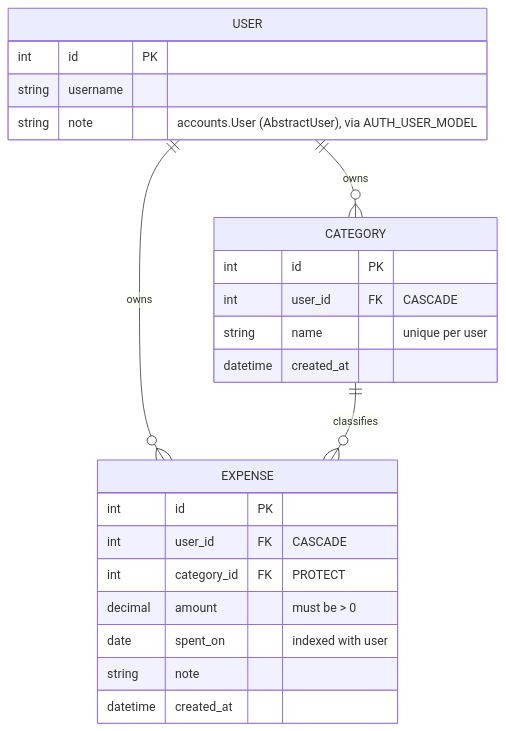
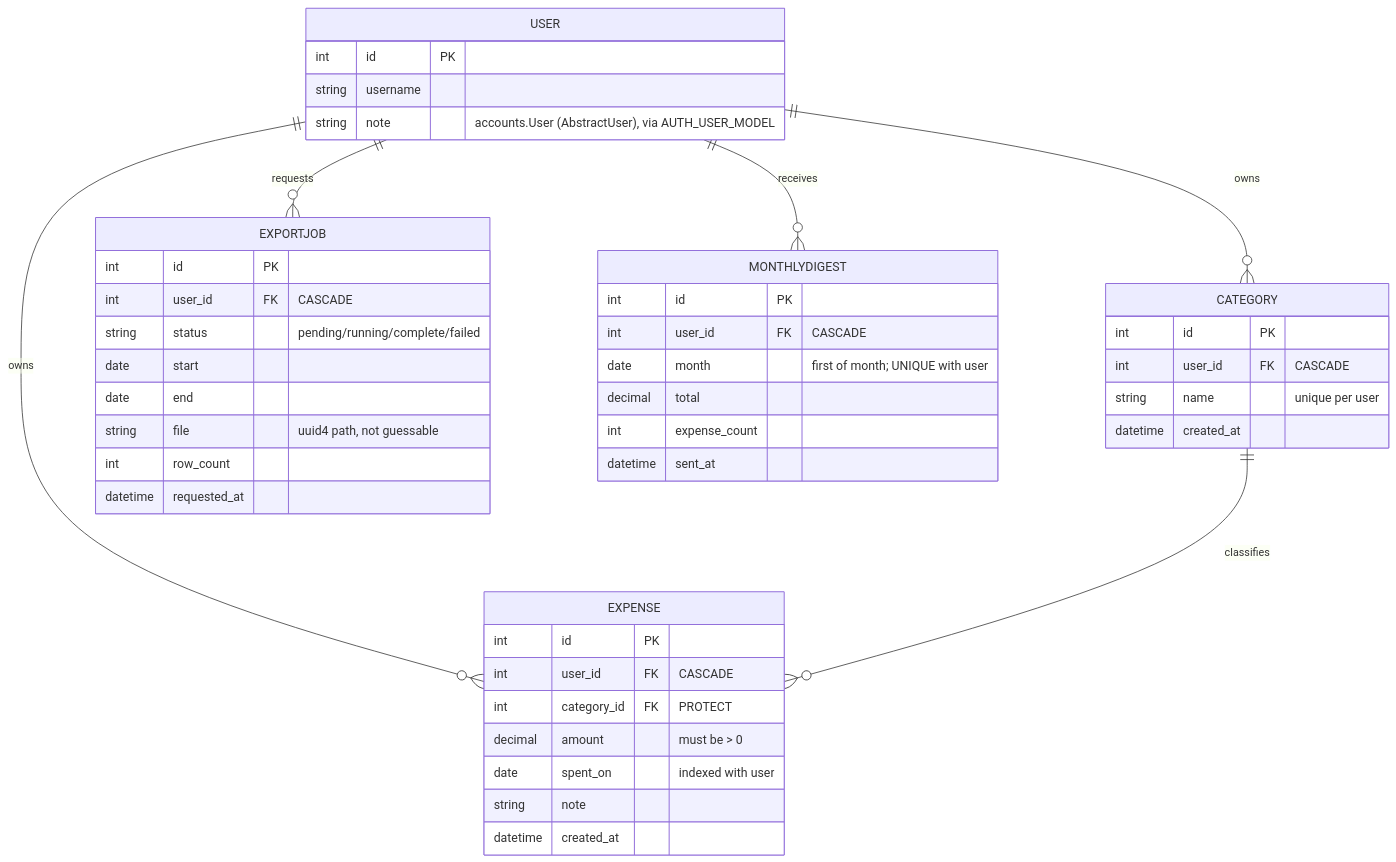
One commit to Vatsal-Kanojiya/expense_management changed the diagram in docs/BUILD_LOG.md. Above: the diagram before and after it, drawn with Mermaid.

Commit message:
docs: add phase 6 models to the ER diagram
ExportJob and MonthlyDigest were missing, so the diagram no longer
matched the schema it was meant to describe.

````diff
--- a/docs/BUILD_LOG.md
+++ b/docs/BUILD_LOG.md
@@ -34,27 +34,47 @@
 ```mermaid
 erDiagram
     USER ||--o{ CATEGORY : "owns"
     USER ||--o{ EXPENSE  : "owns"
+    USER ||--o{ EXPORTJOB : "requests"
+    USER ||--o{ MONTHLYDIGEST : "receives"
     CATEGORY ||--o{ EXPENSE : "classifies"
 
     USER {
         int id PK
         string username
         string note "accounts.User (AbstractUser), via AUTH_USER_MODEL"
     }
     CATEGORY {
         int id PK
         int user_id FK "CASCADE"
         string name "unique per user"
         datetime created_at
     }
     EXPENSE {
         int id PK
         int user_id FK "CASCADE"
         int category_id FK "PROTECT"
         decimal amount "must be > 0"
         date spent_on "indexed with user"
         string note
         datetime created_at
     }
+    EXPORTJOB {
+        int id PK
+        int user_id FK "CASCADE"
+        string status "pending/running/complete/failed"
+        date start
+        date end
+        string file "uuid4 path, not guessable"
+        int row_count
+        datetime requested_at
+    }
+    MONTHLYDIGEST {
+        int id PK
+        int user_id FK "CASCADE"
+        date month "first of month; UNIQUE with user"
+        decimal total
+        int expense_count
+        datetime sent_at
+    }
 ```
````
